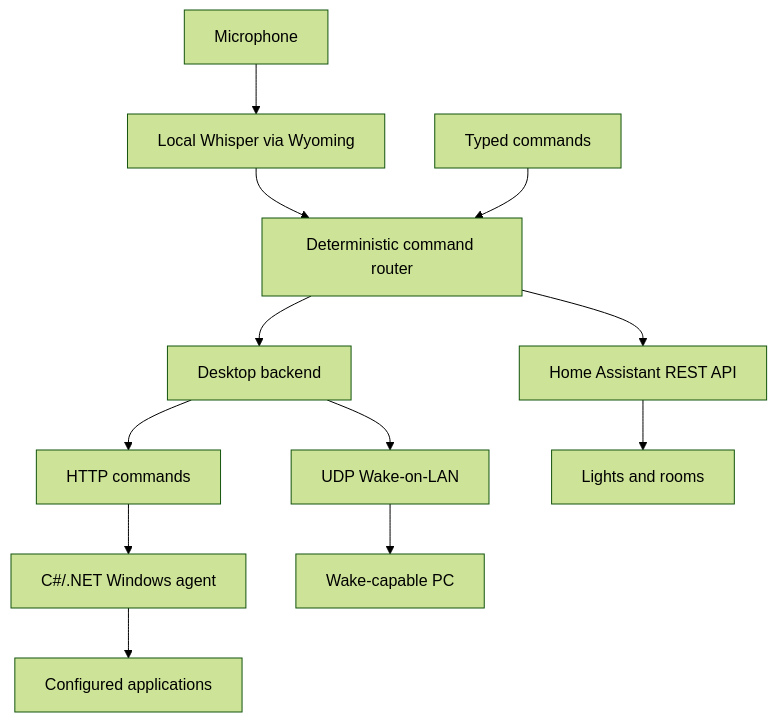
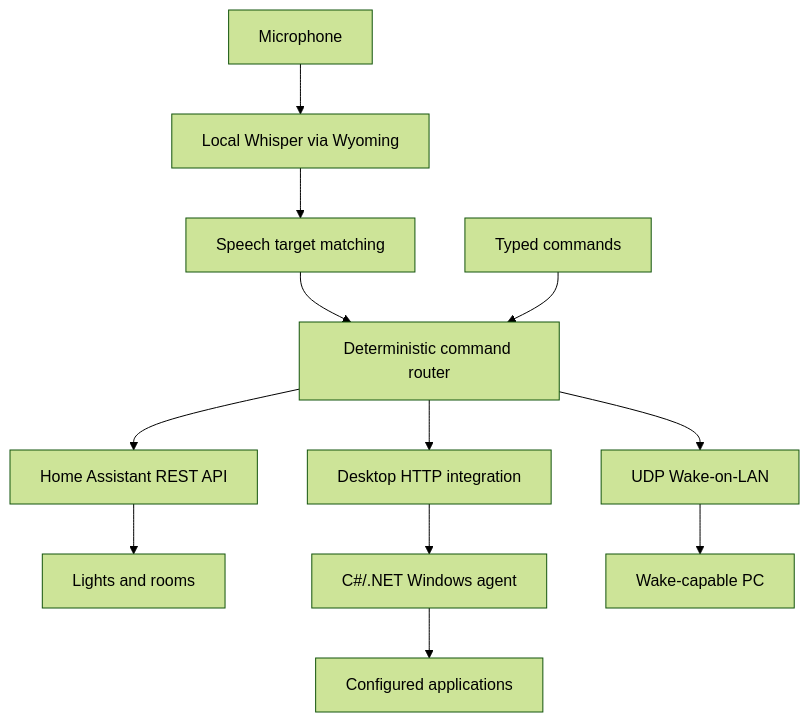
Before and after one commit to b-stha/athena: the diagram in readme.md, drawn with Mermaid (forest theme). The commit also changed other lines of this file and 5 other files, not shown here.

````diff
--- a/readme.md
+++ b/readme.md
@@ -7,14 +7,14 @@
 ```mermaid
 flowchart TD
     Mic["Microphone"] --> STT["Local Whisper via Wyoming"]
-    STT --> Router["Deterministic command router"]
+    STT --> Resolver["Speech target matching"]
+    Resolver --> Router["Deterministic command router"]
     Text["Typed commands"] --> Router
     Router --> HA["Home Assistant REST API"]
-    Router --> Backend["Desktop backend"]
-    Backend --> HTTP["HTTP commands"]
-    Backend --> WOL["UDP Wake-on-LAN"]
+    Router --> HTTP["Desktop HTTP integration"]
+    Router --> WOL["UDP Wake-on-LAN"]
     HA --> Lights["Lights and rooms"]
     HTTP --> Desktop["C#/.NET Windows agent"]
     Desktop --> Apps["Configured applications"]
     WOL --> PC["Wake-capable PC"]
 ```
````
